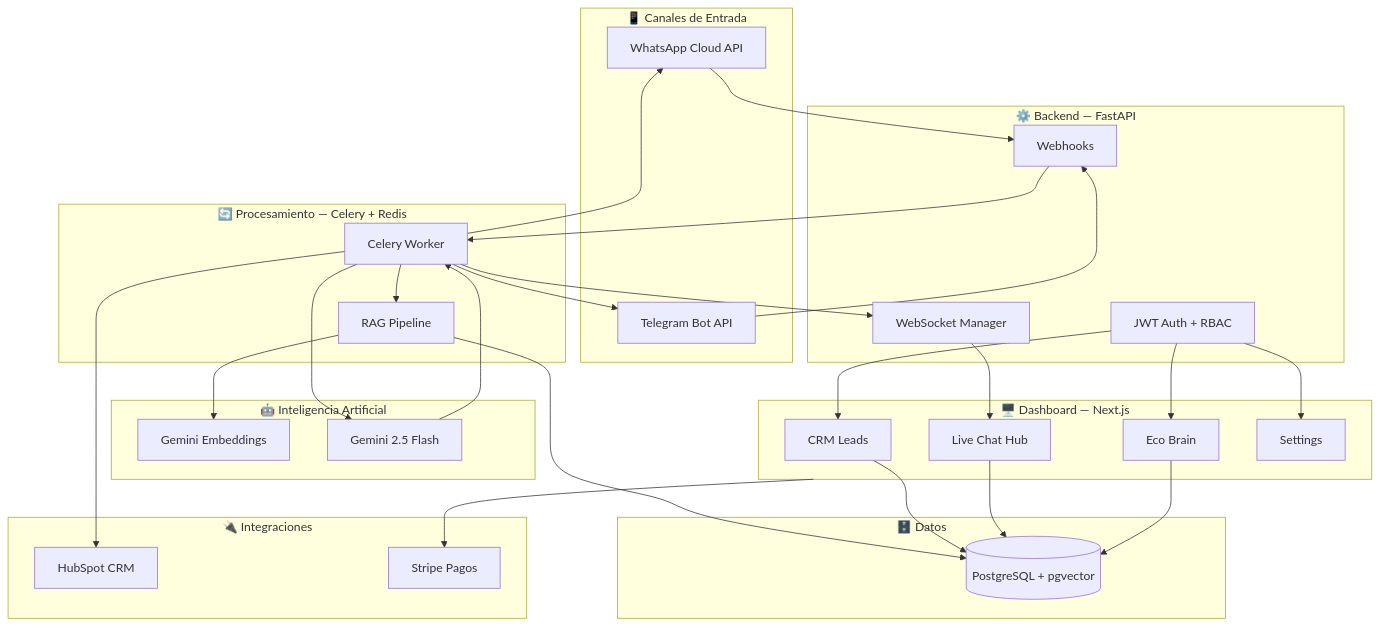
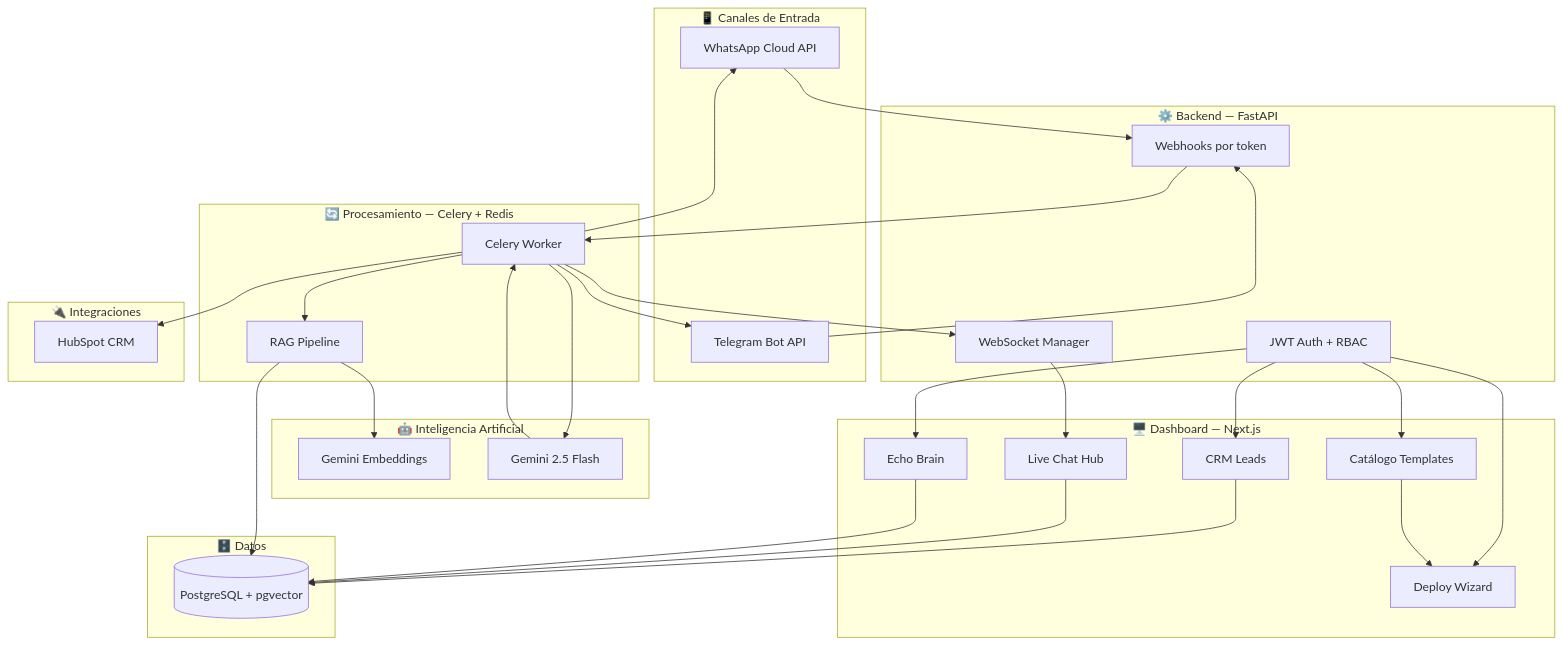
The second of 3 diagrams in INVESTORS.md (MemoElBicho/Eco), drawn with Mermaid before and after one commit. The commit also changed other lines of this file and 73 other files, not shown here.

````diff
--- a/INVESTORS.md
+++ b/INVESTORS.md
@@ -81,54 +83,54 @@
 ```mermaid
 flowchart TB
     subgraph Canales["📱 Canales de Entrada"]
         WA[WhatsApp Cloud API]
         TG[Telegram Bot API]
     end
 
     subgraph Backend["⚙️ Backend — FastAPI"]
-        WH[Webhooks]
+        WH[Webhooks por token]
         WS[WebSocket Manager]
         Auth[JWT Auth + RBAC]
     end
 
     subgraph Workers["🔄 Procesamiento — Celery + Redis"]
         CW[Celery Worker]
         RAG[RAG Pipeline]
     end
 
     subgraph AI["🤖 Inteligencia Artificial"]
         GE[Gemini Embeddings]
         GF[Gemini 2.5 Flash]
     end
 
     subgraph DB["🗄️ Datos"]
         PG[(PostgreSQL + pgvector)]
     end
 
     subgraph Frontend["🖥️ Dashboard — Next.js"]
+        Cat[Catálogo Templates]
+        Deploy[Deploy Wizard]
         Leads[CRM Leads]
         Chat[Live Chat Hub]
-        Brain[Eco Brain]
-        Settings[Settings]
+        Brain[Echo Brain]
     end
 
     subgraph Ext["🔌 Integraciones"]
         HS[HubSpot CRM]
-        ST[Stripe Pagos]
     end
 
     WA & TG --> WH
     WH --> CW
     CW --> RAG
     RAG --> GE
     RAG --> PG
     CW --> GF
     GF --> CW
     CW --> WA & TG
     CW --> WS
     WS --> Chat
-    Auth --> Leads & Brain & Settings
+    Auth --> Leads & Brain & Deploy & Cat
     Leads & Chat & Brain --> PG
     CW --> HS
-    Frontend --> ST
+    Cat --> Deploy
 ```
````
